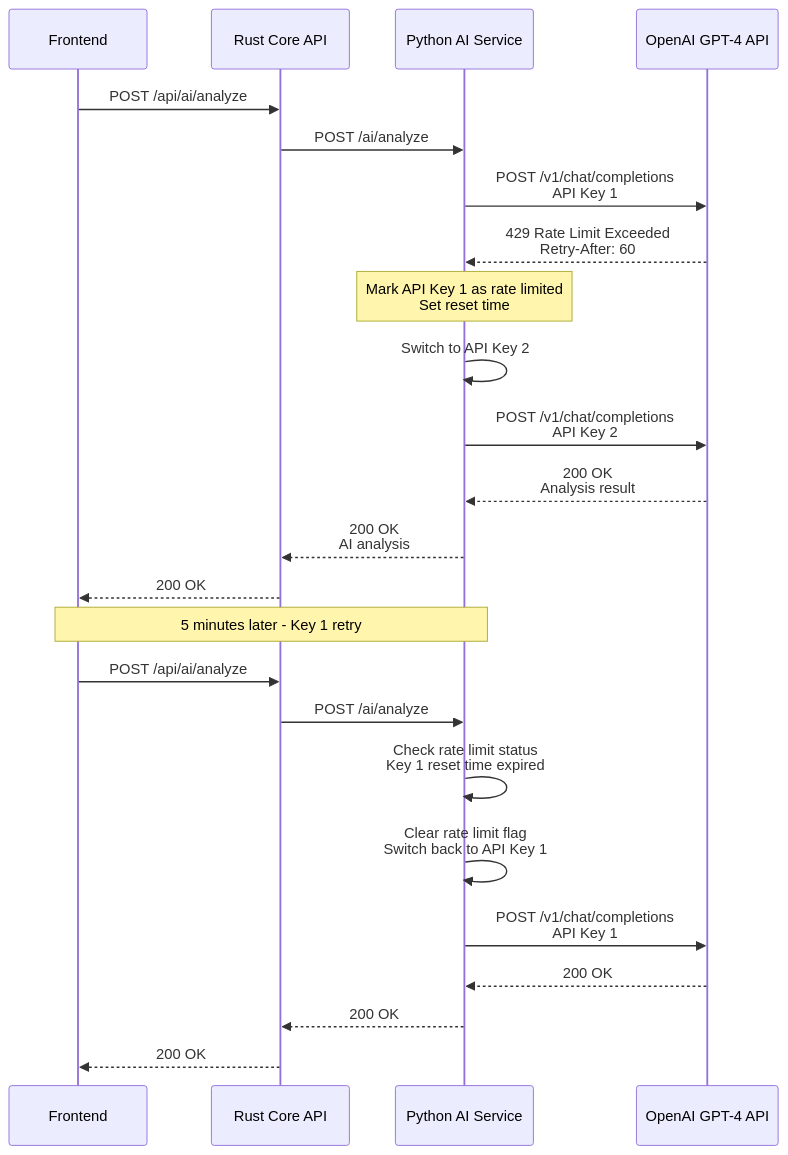
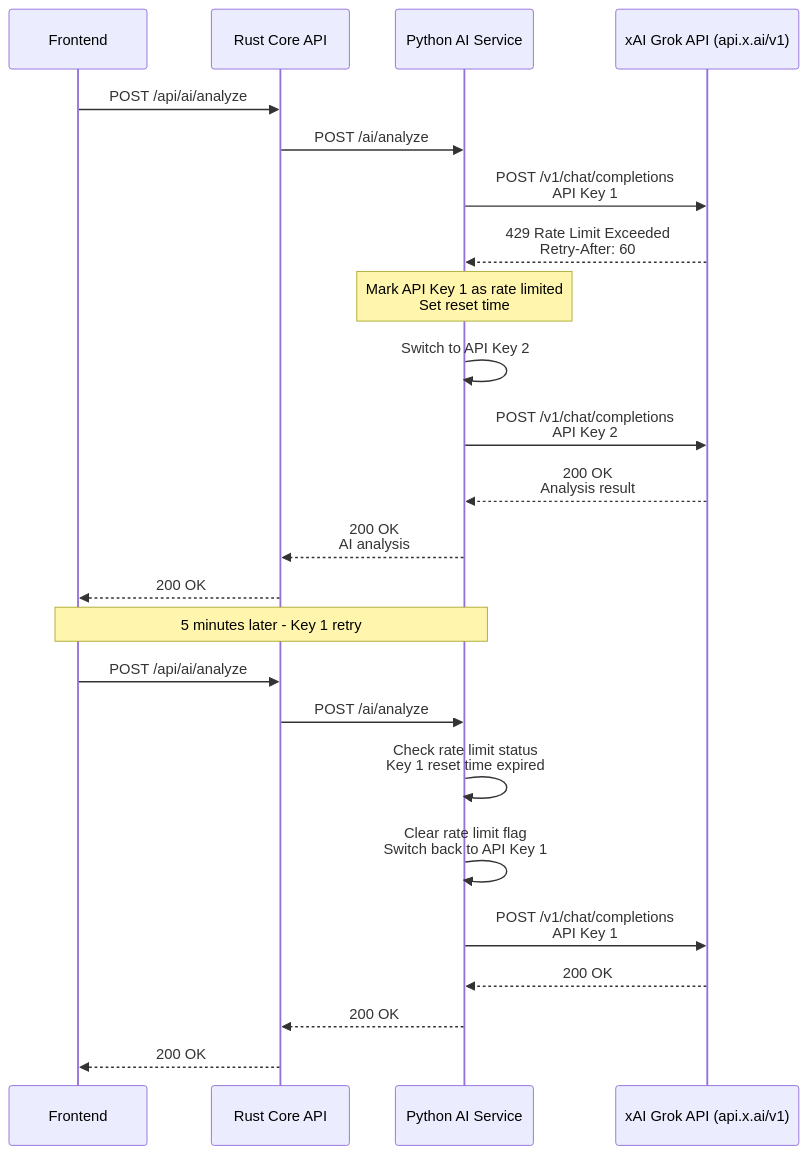
Diagram 12 of 14 in specifications/02-design/2.3-api/API-SEQUENCES.mermaid (magic-ai-trading-bot/bot-core), drawn with Mermaid before and after one commit. The commit also changed other lines of this file and 52 other files, not shown here.

````diff
--- a/specifications/02-design/2.3-api/API-SEQUENCES.mermaid
+++ b/specifications/02-design/2.3-api/API-SEQUENCES.mermaid
@@ -507,45 +507,45 @@
 ```mermaid
 sequenceDiagram
     participant Frontend as Frontend
     participant RustAPI as Rust Core API
     participant PythonAI as Python AI Service
-    participant OpenAI as OpenAI GPT-4 API
+    participant GrokAI as xAI Grok API (api.x.ai/v1)
 
     Frontend->>RustAPI: POST /api/ai/analyze
 
     RustAPI->>PythonAI: POST /ai/analyze
 
-    PythonAI->>OpenAI: POST /v1/chat/completions<br/>API Key 1
+    PythonAI->>GrokAI: POST /v1/chat/completions<br/>API Key 1
 
-    OpenAI-->>PythonAI: 429 Rate Limit Exceeded<br/>Retry-After: 60
+    GrokAI-->>PythonAI: 429 Rate Limit Exceeded<br/>Retry-After: 60
 
     Note over PythonAI: Mark API Key 1 as rate limited<br/>Set reset time
 
     PythonAI->>PythonAI: Switch to API Key 2
 
-    PythonAI->>OpenAI: POST /v1/chat/completions<br/>API Key 2
+    PythonAI->>GrokAI: POST /v1/chat/completions<br/>API Key 2
 
-    OpenAI-->>PythonAI: 200 OK<br/>Analysis result
+    GrokAI-->>PythonAI: 200 OK<br/>Analysis result
 
     PythonAI-->>RustAPI: 200 OK<br/>AI analysis
 
     RustAPI-->>Frontend: 200 OK
 
     Note over Frontend,PythonAI: 5 minutes later - Key 1 retry
 
     Frontend->>RustAPI: POST /api/ai/analyze
 
     RustAPI->>PythonAI: POST /ai/analyze
 
     PythonAI->>PythonAI: Check rate limit status<br/>Key 1 reset time expired
 
     PythonAI->>PythonAI: Clear rate limit flag<br/>Switch back to API Key 1
 
-    PythonAI->>OpenAI: POST /v1/chat/completions<br/>API Key 1
+    PythonAI->>GrokAI: POST /v1/chat/completions<br/>API Key 1
 
-    OpenAI-->>PythonAI: 200 OK
+    GrokAI-->>PythonAI: 200 OK
 
     PythonAI-->>RustAPI: 200 OK
 
     RustAPI-->>Frontend: 200 OK
 ```
````
